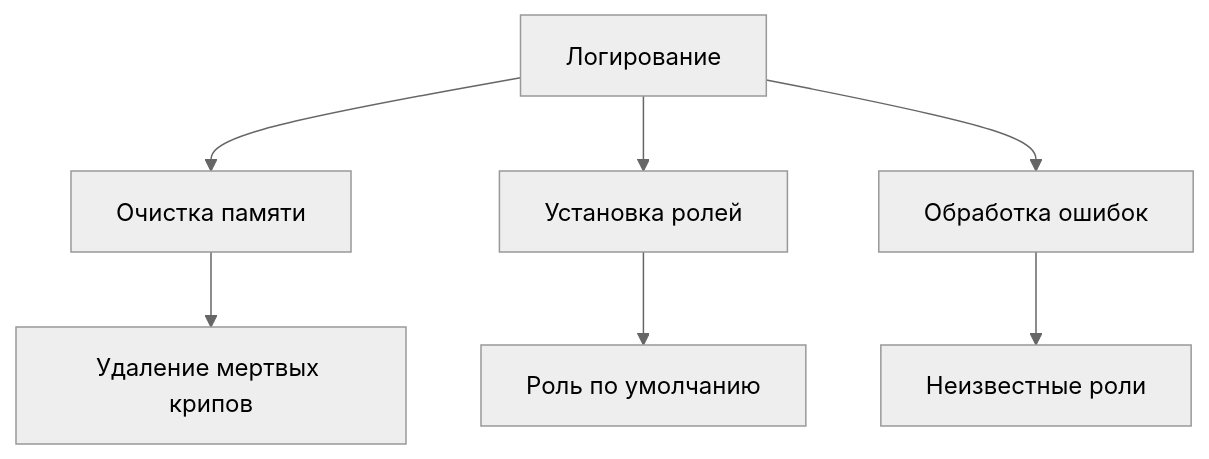
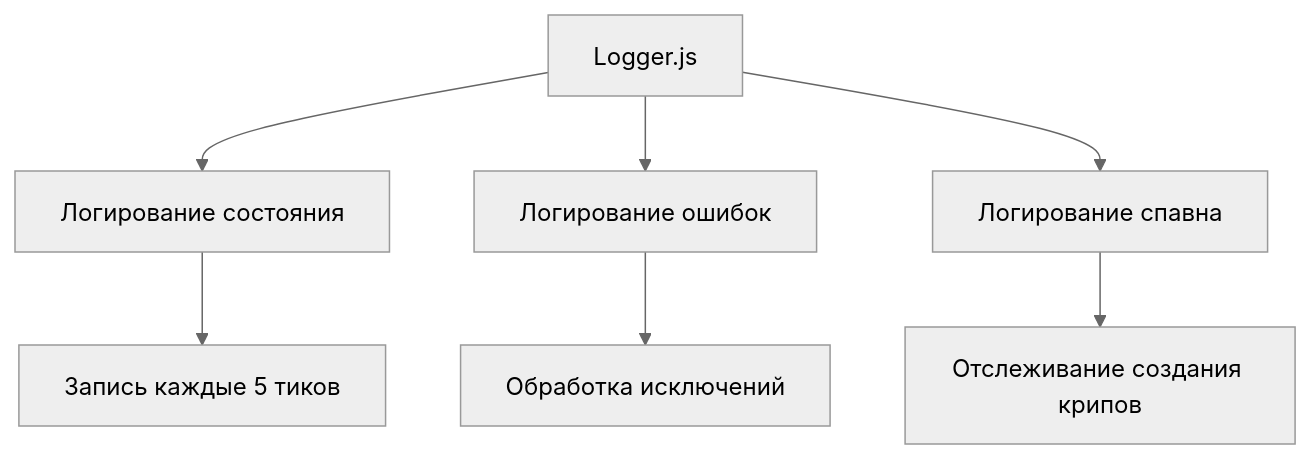
Before and after one commit to ekolvah/screeps: the ninth of 9 diagrams in architecture.md, drawn with Mermaid (neutral theme). The commit also changed other lines of this file and 7 other files, not shown here.

````diff
--- a/architecture.md
+++ b/architecture.md
@@ -185,9 +222,9 @@
 ```mermaid
 flowchart TD
-    A[Логирование] --> B[Очистка памяти]
-    A --> C[Установка ролей]
-    A --> D[Обработка ошибок]
-    B --> E[Удаление мертвых крипов]
-    C --> F[Роль по умолчанию]
-    D --> G[Неизвестные роли]
+    A[Logger.js] --> B[Логирование состояния]
+    A --> C[Логирование ошибок]
+    A --> D[Логирование спавна]
+    B --> E[Запись каждые 5 тиков]
+    C --> F[Обработка исключений]
+    D --> G[Отслеживание создания крипов]
 ```
````
